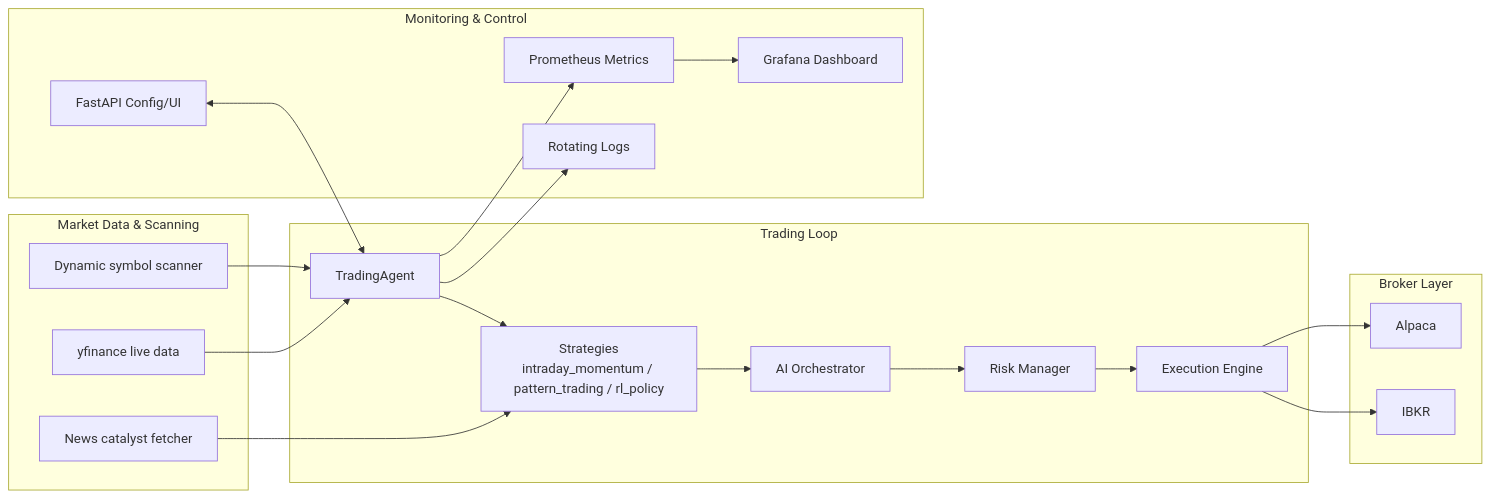
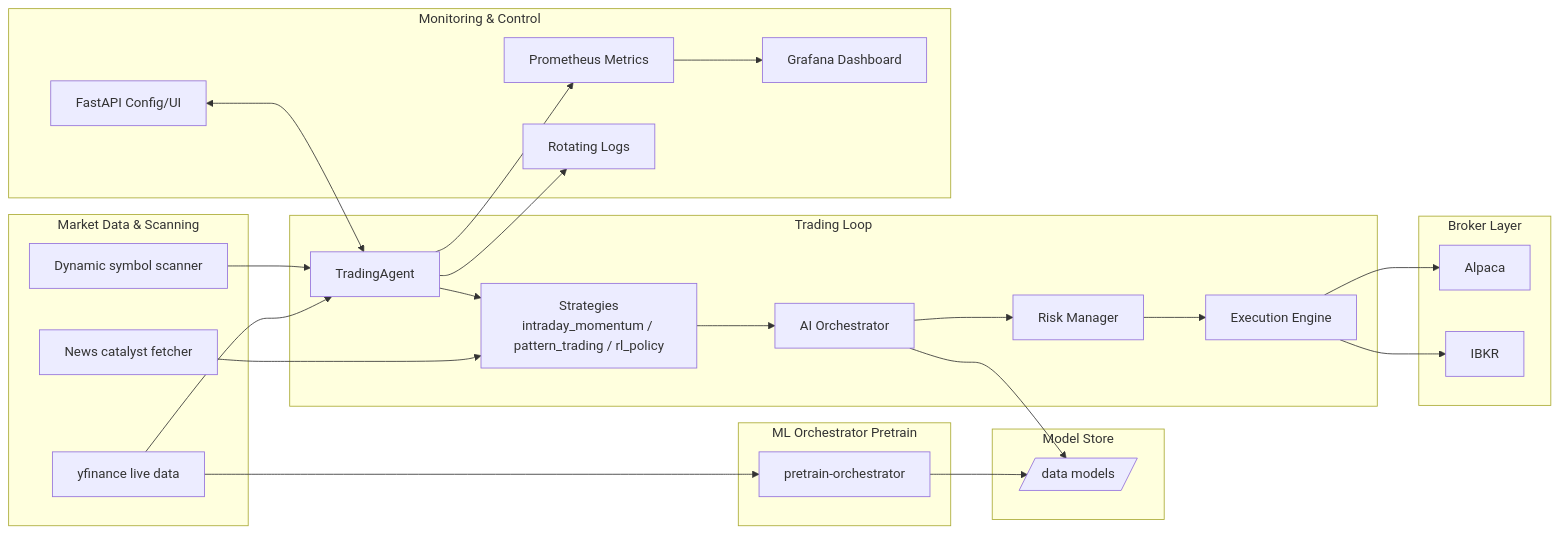
Before and after one commit to ilfrick/Fricktrade: the diagram in README.md, drawn with Mermaid. The commit also changed 2 other files, not shown here.

Commit message:
Document pretrain flow and update UI

````diff
--- a/README.md
+++ b/README.md
@@ -29,34 +29,43 @@
 ```mermaid
 flowchart LR
     subgraph Data["Market Data & Scanning"]
         YF[yfinance live data]
         Scan[Dynamic symbol scanner]
         News[News catalyst fetcher]
     end
+    subgraph Models["Model Store"]
+        ModelStore[/data models/]
+    end
     subgraph Core["Trading Loop"]
         Trader[TradingAgent]
         Strat[Strategies<br/>intraday_momentum / pattern_trading / rl_policy]
         Orchestrator[AI Orchestrator]
         Risk[Risk Manager]
         Exec[Execution Engine]
+    end
+    subgraph Training["ML Orchestrator Pretrain"]
+        Pretrain[pretrain-orchestrator]
     end
     subgraph Broker["Broker Layer"]
         Alpaca[Alpaca]
         IBKR[IBKR]
     end
     subgraph Observability["Monitoring & Control"]
         Metrics[Prometheus Metrics]
         Grafana[Grafana Dashboard]
         API[FastAPI Config/UI]
         Logs[Rotating Logs]
     end
 
     YF --> Trader
+    YF --> Pretrain
     Scan --> Trader
     News --> Strat
+    Pretrain --> ModelStore
     Trader --> Strat --> Orchestrator --> Risk --> Exec --> Alpaca
     Exec --> IBKR
+    Orchestrator --> ModelStore
     Trader --> Metrics --> Grafana
     Trader --> Logs
     API <--> Trader
 ```
````
